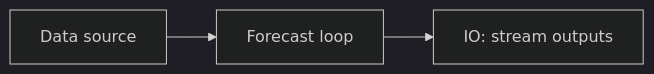
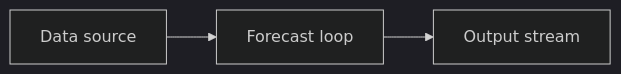
The diagram in docs/userguide/about/overview.md (NVIDIA/earth2studio), drawn with Mermaid (dark theme) before and after one commit. The commit also changed other lines of this file and 10 other files, not shown here.

````diff
--- a/docs/userguide/about/overview.md
+++ b/docs/userguide/about/overview.md
@@ -32,5 +32,5 @@
 ```mermaid
 flowchart LR
     A[Data source] --> B[Forecast loop]
-    B --> C[IO: stream outputs]
+    B --> C[Output stream]
 ```
````
